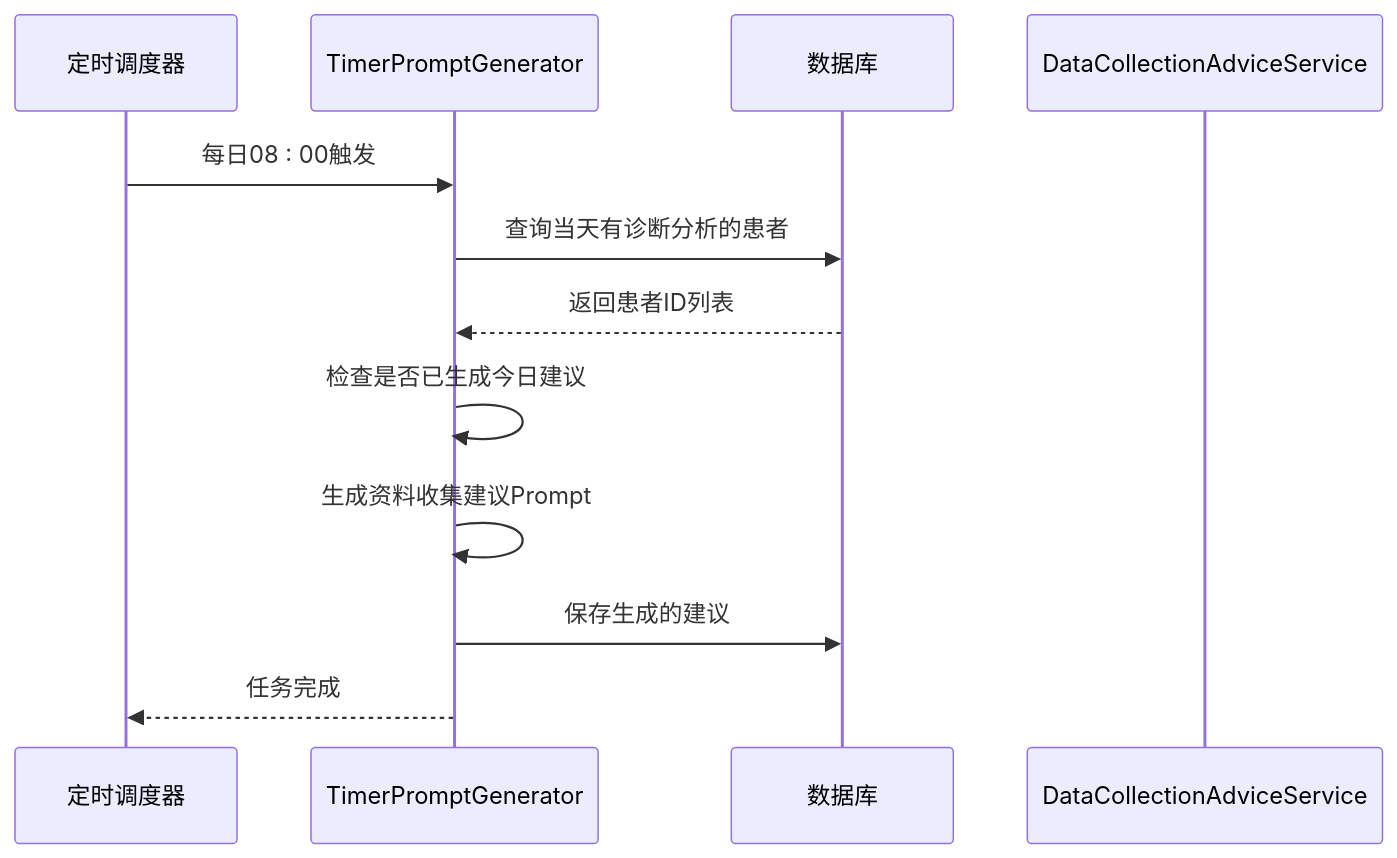
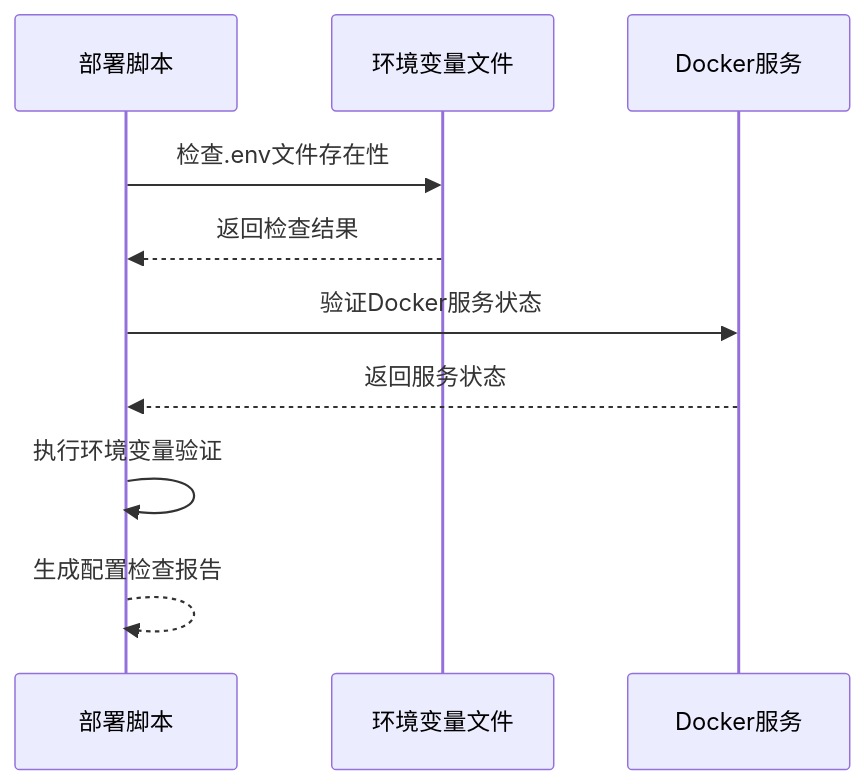
Before and after one commit to liuzh2008/med_ai_assistant_workspace: the fourth of 18 diagrams in .qoder/repowiki/zh/content/Update Summary/Update Summary.md, drawn with Mermaid. The commit also changed other lines of this file and 3 other files, not shown here.

````diff
--- a/.qoder/repowiki/zh/content/Update Summary/Update Summary.md
+++ b/.qoder/repowiki/zh/content/Update Summary/Update Summary.md
@@ -161,14 +319,12 @@
 ```mermaid
 sequenceDiagram
-participant Scheduler as 定时调度器
-participant Timer as TimerPromptGenerator
-participant DB as 数据库
-participant Service as DataCollectionAdviceService
-Scheduler->>Timer : 每日08 : 00触发
-Timer->>DB : 查询当天有诊断分析的患者
-DB-->>Timer : 返回患者ID列表
-Timer->>Timer : 检查是否已生成今日建议
-Timer->>Timer : 生成资料收集建议Prompt
-Timer->>DB : 保存生成的建议
-Timer-->>Scheduler : 任务完成
+participant Script as 部署脚本
+participant EnvFile as 环境变量文件
+participant Docker as Docker服务
+Script->>EnvFile : 检查.env文件存在性
+EnvFile-->>Script : 返回检查结果
+Script->>Docker : 验证Docker服务状态
+Docker-->>Script : 返回服务状态
+Script->>Script : 执行环境变量验证
+Script-->>Script : 生成配置检查报告
 ```
````
